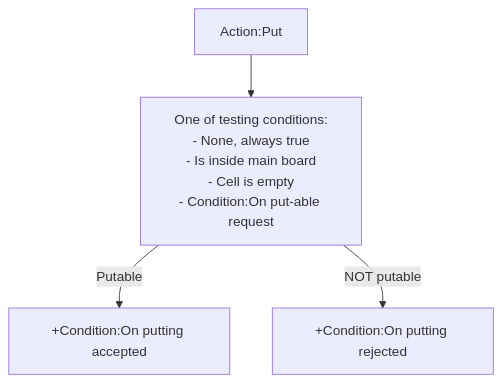
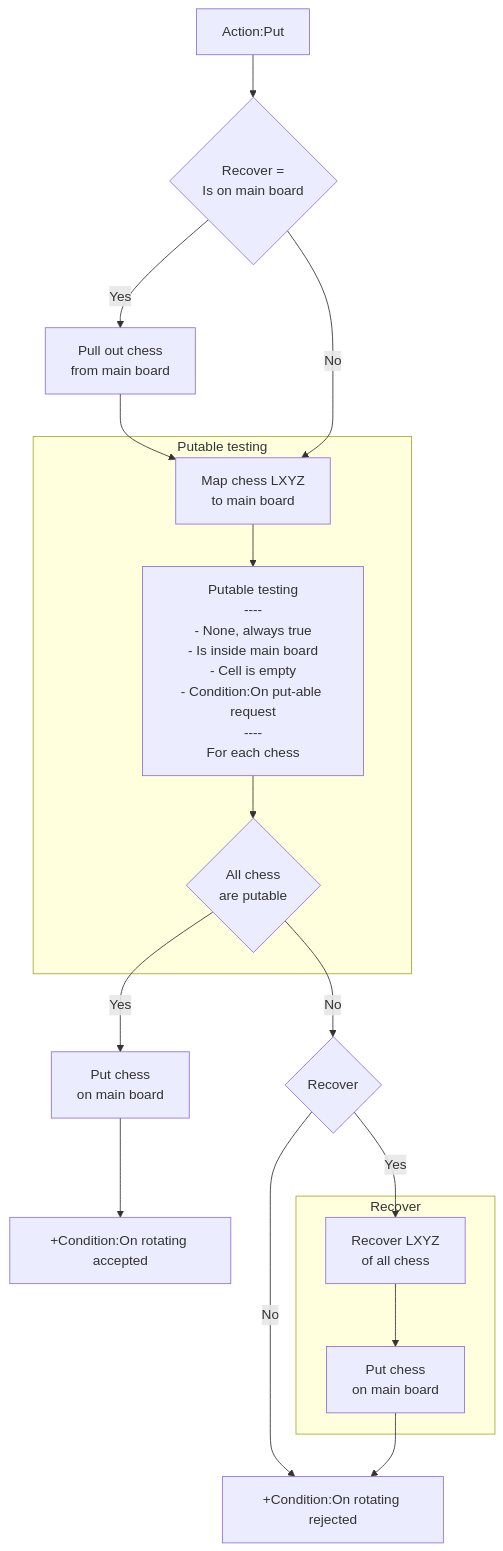
One commit to rexrainbow/C2RexDoc changed the second of 3 diagrams in plugins.md/rex_miniboard.md. Above: the diagram before and after it, drawn with Mermaid. The commit also changed other lines of this file and 11 other files, not shown here.

````diff
--- a/plugins.md/rex_miniboard.md
+++ b/plugins.md/rex_miniboard.md
@@ -79,8 +79,25 @@
 ```mermaid
 graph TB
 
-ActPut["Action:Put"] --> PutableTesting["One of testing conditions:<br>- None, always true<br>- Is inside main board<br>- Cell is empty<br>- Condition:On put-able request"]
+RequestPut["Action:Put"] --> IsOnMainBoard{"Recover =<br>Is on main board"}
+IsOnMainBoard --> |Yes| PullOut["Pull out chess<br>from main board"]
+PullOut --> PositionOnMainboard["Map chess LXYZ<br>to main board"]
+IsOnMainBoard --> |No| PositionOnMainboard
 
-PutableTesting --> |Putable| CondOnPutAccepted["+Condition:On putting accepted"]
-PutableTesting --> |NOT putable| CondOnPutRejected["+Condition:On putting rejected"]
+subgraph Putable testing
+PositionOnMainboard --> PutableTesting["Putable testing<br>----<br>- None, always true<br>- Is inside main board<br>- Cell is empty<br>- Condition:On put-able request<br>----<br>For each chess"]
+PutableTesting --> AllChessPutable{"All chess<br>are putable"}
+end
+
+AllChessPutable --> |Yes| PutChess["Put chess<br>on main board"]
+PutChess --> CondOnRotateAccepted["+Condition:On rotating accepted"]
+AllChessPutable --> |No| IsRecover{Recover}
+IsRecover --> |No| CondOnRotateRejected["+Condition:On rotating rejected"]
+IsRecover --> |Yes| RecoverLXYZ["Recover LXYZ<br>of all chess"]
+
+subgraph Recover
+RecoverLXYZ --> PutChess1["Put chess<br>on main board"]
+end
+
+PutChess1 --> CondOnRotateRejected
 ```
````
